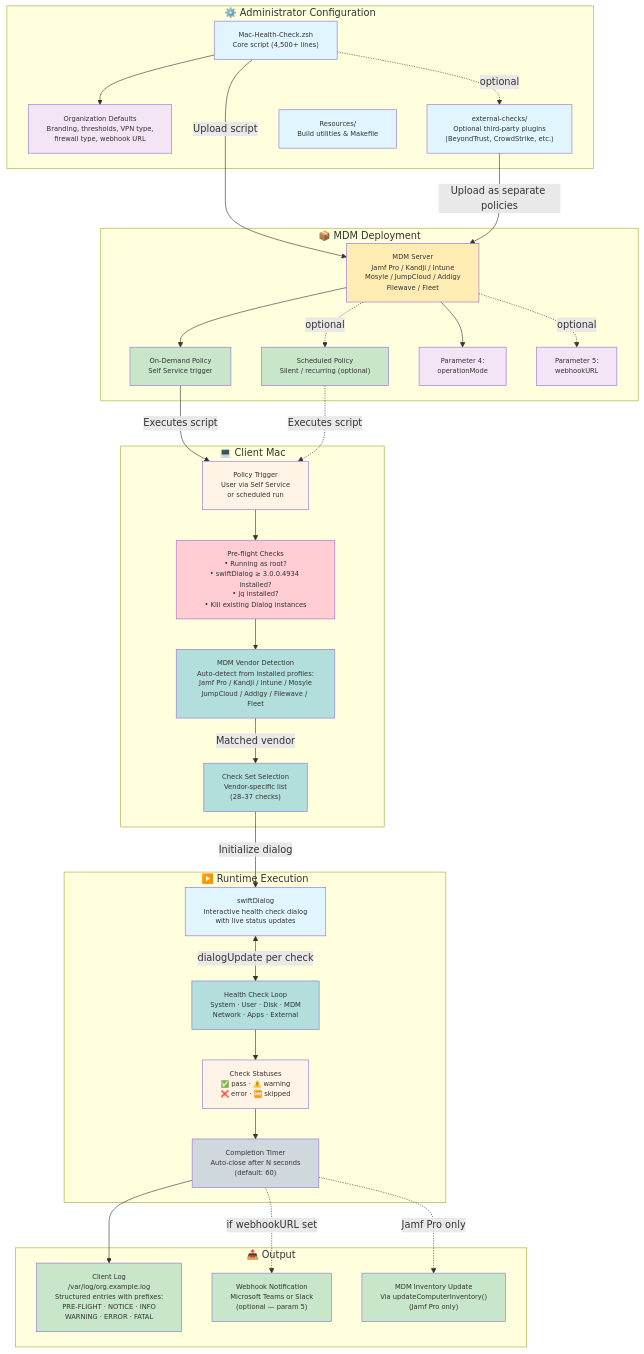
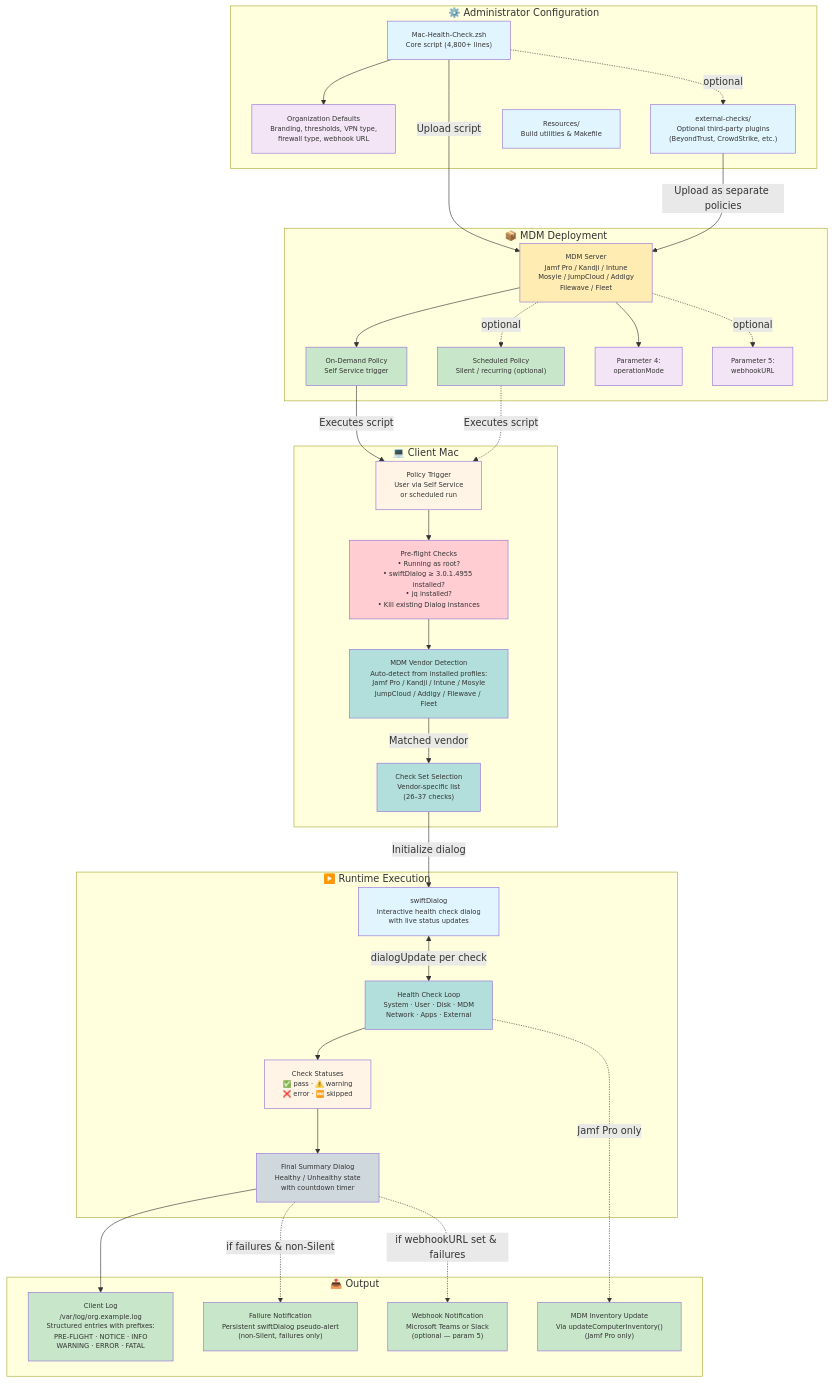
Before and after one commit to dan-snelson/Mac-Health-Check: the diagram in Diagrams/01-system-architecture.md, drawn with Mermaid. The commit also changed other lines of this file and 6 other files, not shown here.

````diff
--- a/Diagrams/01-system-architecture.md
+++ b/Diagrams/01-system-architecture.md
@@ -5,7 +5,7 @@
 ```mermaid
 graph TB
     subgraph Admin["⚙️ Administrator Configuration"]
-        SCRIPT["Mac-Health-Check.zsh<br>Core script (4,500+ lines)"]
+        SCRIPT["Mac-Health-Check.zsh<br>Core script (4,800+ lines)"]
         ORGVARS["Organization Defaults<br>Branding, thresholds, VPN type,<br>firewall type, webhook URL"]
         EXTCHECKS["external-checks/<br>Optional third-party plugins<br>(BeyondTrust, CrowdStrike, etc.)"]
         RESOURCES["Resources/<br>Build utilities & Makefile"]
@@ -42,9 +42,9 @@
 
     subgraph Client["💻 Client Mac"]
         TRIGGER["Policy Trigger<br>User via Self Service<br>or scheduled run"]
-        PREFLIGHT["Pre-flight Checks<br>• Running as root?<br>• swiftDialog ≥ 3.0.0.4934 installed?<br>• jq installed?<br>• Kill existing Dialog instances"]
+        PREFLIGHT["Pre-flight Checks<br>• Running as root?<br>• swiftDialog ≥ 3.0.1.4955 installed?<br>• jq installed?<br>• Kill existing Dialog instances"]
         MDMDETECT["MDM Vendor Detection<br>Auto-detect from installed profiles:<br>Jamf Pro / Kandji / Intune / Mosyle<br>JumpCloud / Addigy / Filewave / Fleet"]
-        CHECKLIST["Check Set Selection<br>Vendor-specific list<br>(28–37 checks)"]
+        CHECKLIST["Check Set Selection<br>Vendor-specific list<br>(26–37 checks)"]
 
         POLICY -->|Executes script| TRIGGER
         SILENT -.->|Executes script| TRIGGER
@@ -62,29 +62,32 @@
         DIALOG["swiftDialog<br>Interactive health check dialog<br>with live status updates"]
         CHECKLOOP["Health Check Loop<br>System · User · Disk · MDM<br>Network · Apps · External"]
         STATUSES["Check Statuses<br>✅ pass · ⚠️ warning<br>❌ error · ⏭️ skipped"]
-        TIMER["Completion Timer<br>Auto-close after N seconds<br>(default: 60)"]
+        FINAL["Final Summary Dialog<br>Healthy / Unhealthy state<br>with countdown timer"]
 
         CHECKLIST -->|Initialize dialog| DIALOG
         DIALOG <-->|dialogUpdate per check| CHECKLOOP
         CHECKLOOP --> STATUSES
-        STATUSES --> TIMER
+        STATUSES --> FINAL
 
         style DIALOG fill:#e1f5ff
         style CHECKLOOP fill:#b2dfdb
         style STATUSES fill:#fff4e6
-        style TIMER fill:#cfd8dc
+        style FINAL fill:#cfd8dc
     end
 
     subgraph Output["📤 Output"]
         LOG["Client Log<br>/var/log/org.example.log<br>Structured entries with prefixes:<br>PRE-FLIGHT · NOTICE · INFO<br>WARNING · ERROR · FATAL"]
+        FAILNOTE["Failure Notification<br>Persistent swiftDialog pseudo-alert<br>(non-Silent, failures only)"]
         WEBHOOK["Webhook Notification<br>Microsoft Teams or Slack<br>(optional — param 5)"]
         INVENTORY["MDM Inventory Update<br>Via updateComputerInventory()<br>(Jamf Pro only)"]
 
-        TIMER --> LOG
-        TIMER -.->|if webhookURL set| WEBHOOK
-        TIMER -.->|Jamf Pro only| INVENTORY
+        FINAL --> LOG
+        FINAL -.->|if failures & non-Silent| FAILNOTE
+        FINAL -.->|if webhookURL set & failures| WEBHOOK
+        CHECKLOOP -.->|Jamf Pro only| INVENTORY
 
         style LOG fill:#c8e6c9
+        style FAILNOTE fill:#c8e6c9
         style WEBHOOK fill:#c8e6c9
         style INVENTORY fill:#c8e6c9
     end
````
